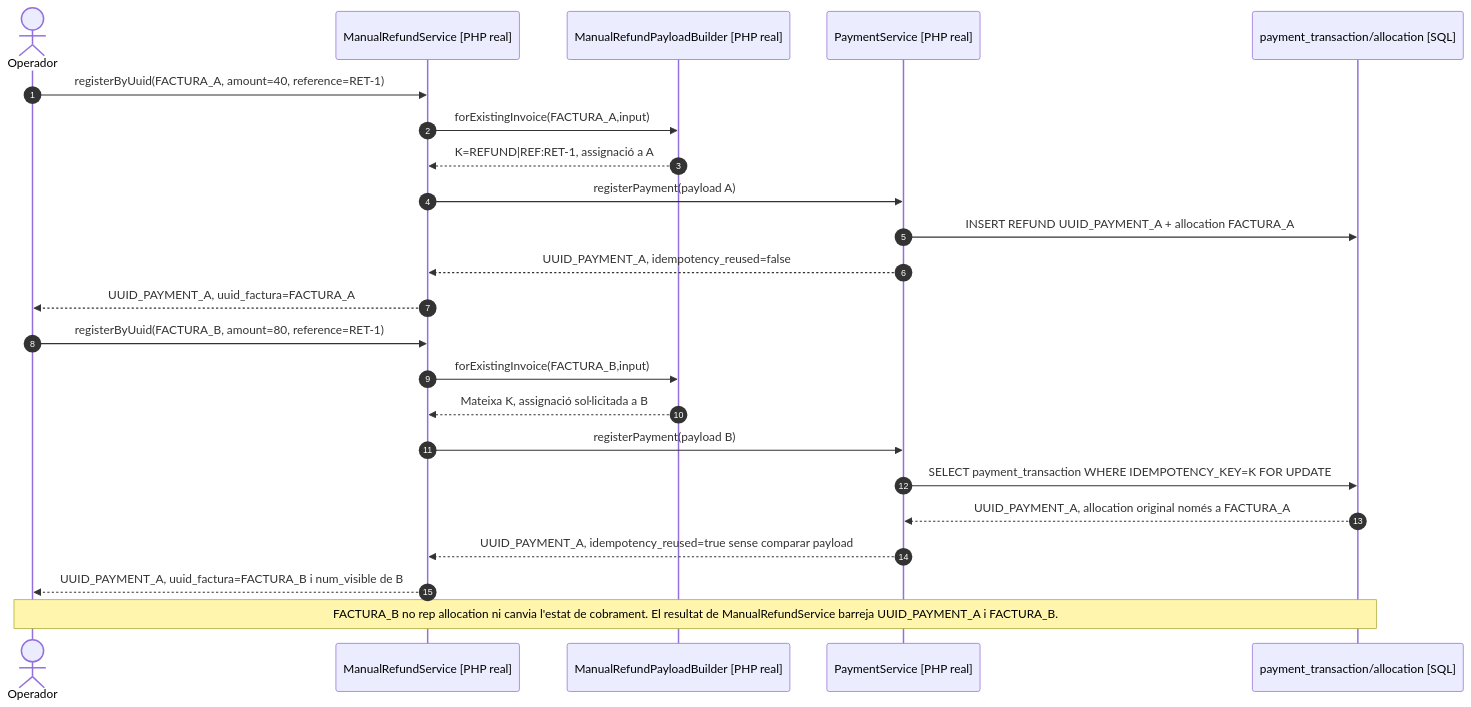
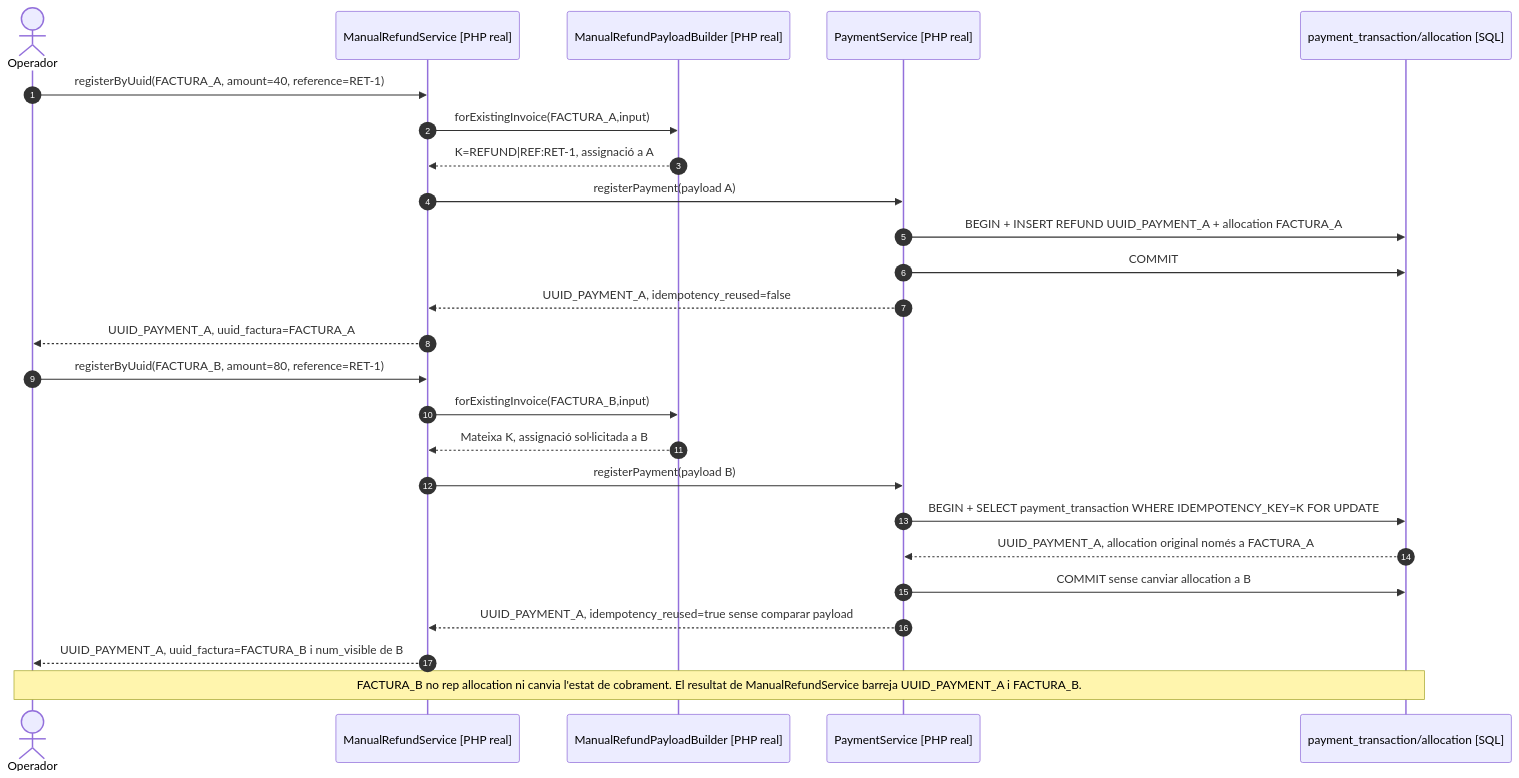
One commit to orgmeriemprismacat-del/verifactu changed the ninth of 11 diagrams in documentacio/07-uml-integrat/uc-028-registrar-devolucio.md. Above: the diagram before and after it, drawn with Mermaid. The commit also changed other lines of this file, not shown here.

Commit message:
docs(uml): seqüències UC-28 precisen COMMIT abans de resposta i guard previ al registre REFUND

````diff
--- a/documentacio/07-uml-integrat/uc-028-registrar-devolucio.md
+++ b/documentacio/07-uml-integrat/uc-028-registrar-devolucio.md
@@ -315,25 +317,27 @@
 ```mermaid
 sequenceDiagram
 autonumber
 actor O as Operador
 participant R as ManualRefundService [PHP real]
 participant B as ManualRefundPayloadBuilder [PHP real]
 participant P as PaymentService [PHP real]
 participant DB as payment_transaction/allocation [SQL]
 O->>R: registerByUuid(FACTURA_A, amount=40, reference=RET-1)
 R->>B: forExistingInvoice(FACTURA_A,input)
 B-->>R: K=REFUND|REF:RET-1, assignació a A
 R->>P: registerPayment(payload A)
-P->>DB: INSERT REFUND UUID_PAYMENT_A + allocation FACTURA_A
+P->>DB: BEGIN + INSERT REFUND UUID_PAYMENT_A + allocation FACTURA_A
+P->>DB: COMMIT
 P-->>R: UUID_PAYMENT_A, idempotency_reused=false
 R-->>O: UUID_PAYMENT_A, uuid_factura=FACTURA_A
 O->>R: registerByUuid(FACTURA_B, amount=80, reference=RET-1)
 R->>B: forExistingInvoice(FACTURA_B,input)
 B-->>R: Mateixa K, assignació sol·licitada a B
 R->>P: registerPayment(payload B)
-P->>DB: SELECT payment_transaction WHERE IDEMPOTENCY_KEY=K FOR UPDATE
+P->>DB: BEGIN + SELECT payment_transaction WHERE IDEMPOTENCY_KEY=K FOR UPDATE
 DB-->>P: UUID_PAYMENT_A, allocation original només a FACTURA_A
+P->>DB: COMMIT sense canviar allocation a B
 P-->>R: UUID_PAYMENT_A, idempotency_reused=true sense comparar payload
 R-->>O: UUID_PAYMENT_A, uuid_factura=FACTURA_B i num_visible de B
 Note over O,DB: FACTURA_B no rep allocation ni canvia l'estat de cobrament. El resultat de ManualRefundService barreja UUID_PAYMENT_A i FACTURA_B.
 ```
````
